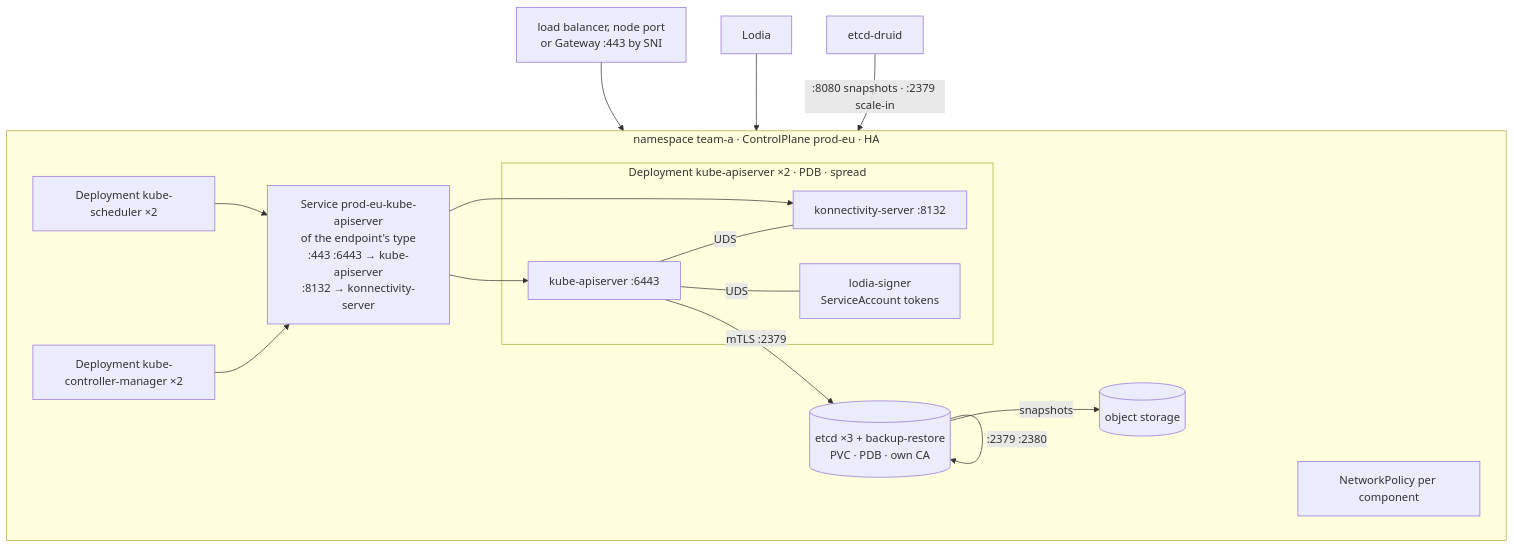
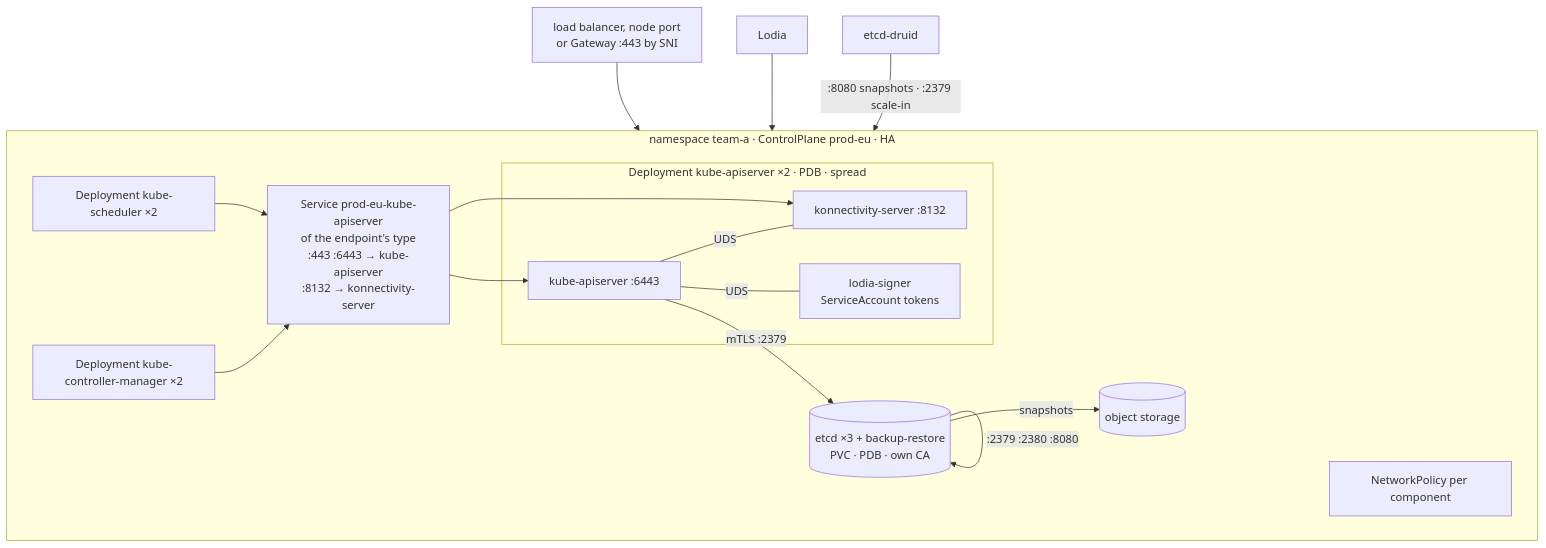
One commit to lodia-io/lodia changed the third of 7 diagrams in docs/README.md. Above: the diagram before and after it, drawn with Mermaid. The commit also changed other lines of this file and 3 other files, not shown here.

````diff
--- a/docs/README.md
+++ b/docs/README.md
@@ -115,24 +115,24 @@
 ```mermaid
 flowchart TB
   subgraph ns["namespace team-a · ControlPlane prod-eu · HA"]
     direction LR
     subgraph kas["Deployment kube-apiserver ×2 · PDB · spread"]
       a["kube-apiserver :6443"] ---|UDS| k["konnectivity-server :8132"]
       a ---|UDS| sg["lodia-signer<br/>ServiceAccount tokens"]
     end
     kcm["Deployment kube-controller-manager ×2"]
     sch["Deployment kube-scheduler ×2"]
     etcd[("etcd ×3 + backup-restore<br/>PVC · PDB · own CA")]
     svc["Service prod-eu-kube-apiserver<br/>of the endpoint's type<br/>:443 :6443 → kube-apiserver<br/>:8132 → konnectivity-server"]
     np["NetworkPolicy per component"]
     kcm --> svc --> a
     sch --> svc
     svc --> k
     a -->|mTLS :2379| etcd
-    etcd -->|":2379 :2380"| etcd
+    etcd -->|":2379 :2380 :8080"| etcd
     etcd -->|snapshots| s3[(object storage)]
   end
   ep["load balancer, node port<br/>or Gateway :443 by SNI"] --> svc
   op["Lodia"] --> svc
   druid["etcd-druid"] -->|":8080 snapshots · :2379 scale-in"| etcd
 ```
````
